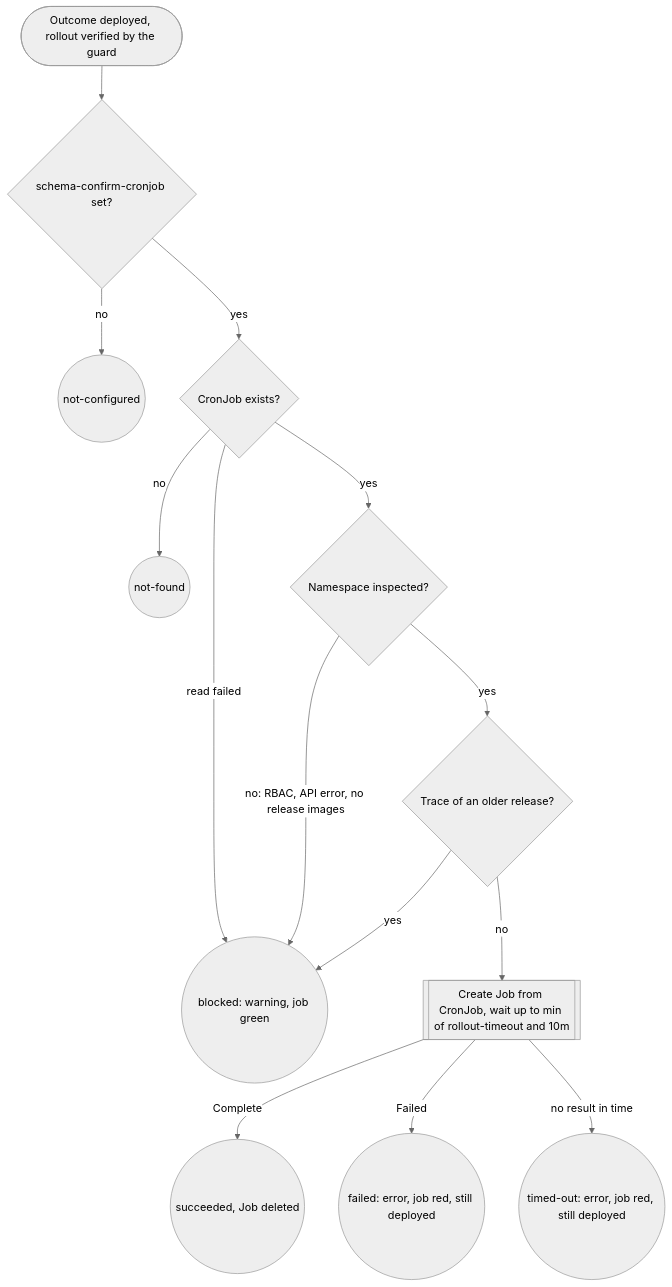
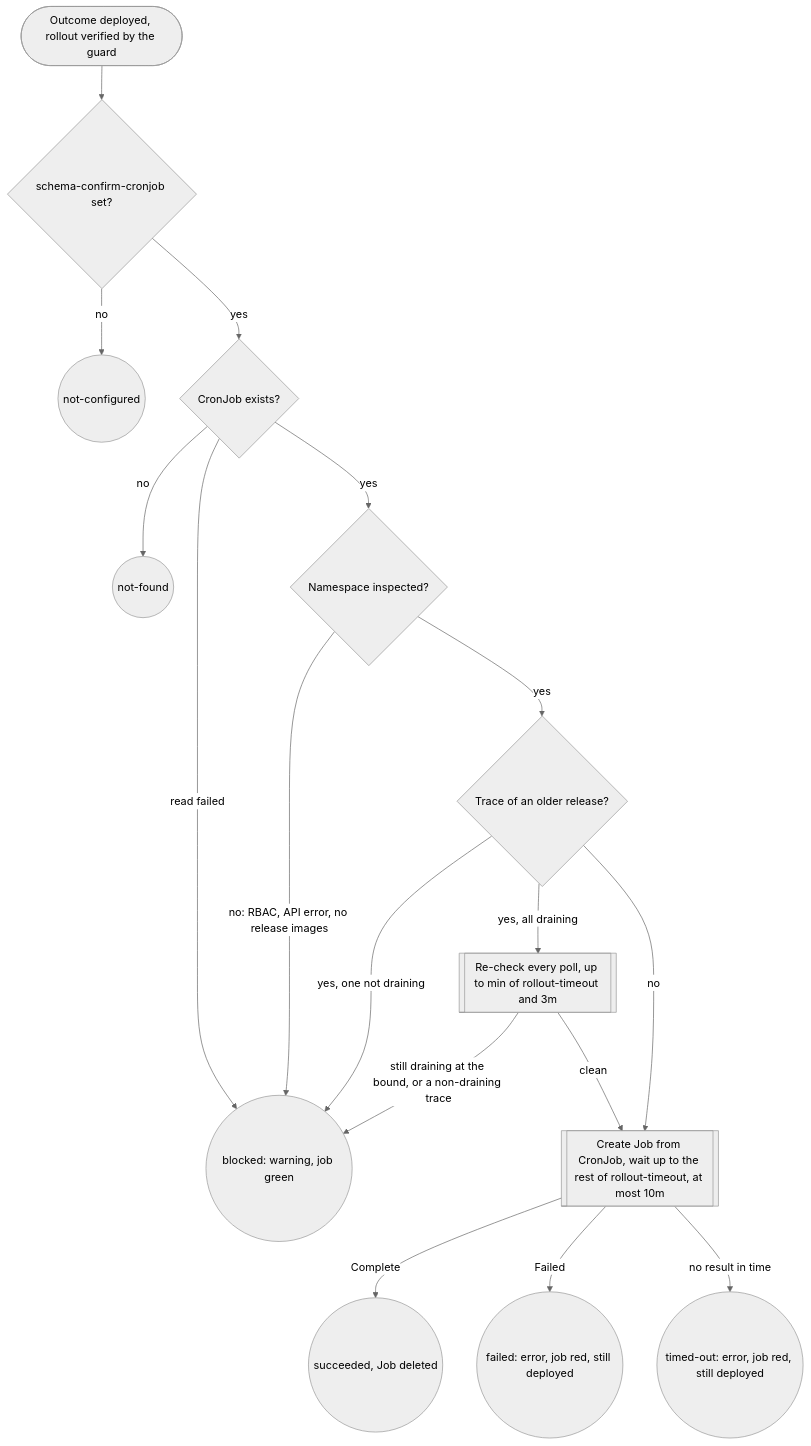
One commit to ArkanisCorporation/ci changed the second of 3 diagrams in docs/deployments.md. Above: the diagram before and after it, drawn with Mermaid (neutral theme). The commit also changed other lines of this file and 6 other files, not shown here.

````diff
--- a/docs/deployments.md
+++ b/docs/deployments.md
@@ -207,16 +207,19 @@
 ```mermaid
 flowchart TD
   verified(["Outcome deployed, rollout verified by the guard"]) --> configured{schema-confirm-cronjob set?}
   configured -->|no| notConfigured(("not-configured"))
   configured -->|yes| exists{CronJob exists?}
   exists -->|no| notFound(("not-found"))
   exists -->|"read failed"| blocked(("blocked: warning, job green"))
   exists -->|yes| inspect{Namespace inspected?}
   inspect -->|"no: RBAC, API error, no release images"| blocked
   inspect -->|yes| traces{Trace of an older release?}
-  traces -->|yes| blocked
-  traces -->|no| job[[Create Job from CronJob, wait up to min of rollout-timeout and 10m]]
+  traces -->|"yes, one not draining"| blocked
+  traces -->|"yes, all draining"| settle[[Re-check every poll, up to min of rollout-timeout and 3m]]
+  settle -->|"clean"| job
+  settle -->|"still draining at the bound, or a non-draining trace"| blocked
+  traces -->|no| job[[Create Job from CronJob, wait up to the rest of rollout-timeout, at most 10m]]
   job -->|Complete| succeeded(("succeeded, Job deleted"))
   job -->|Failed| failed(("failed: error, job red, still deployed"))
   job -->|no result in time| timedOut(("timed-out: error, job red, still deployed"))
 ```
````
